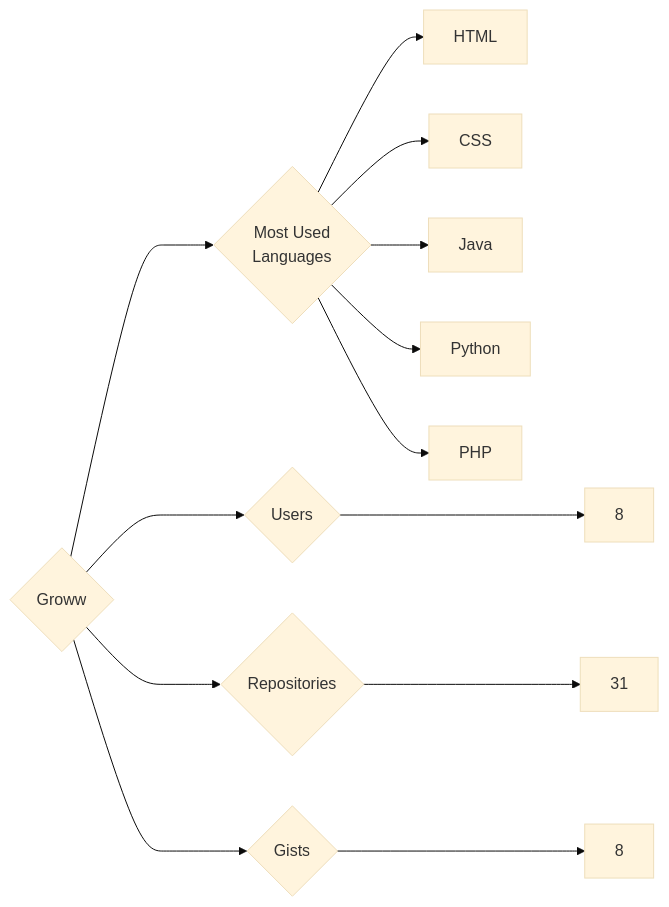
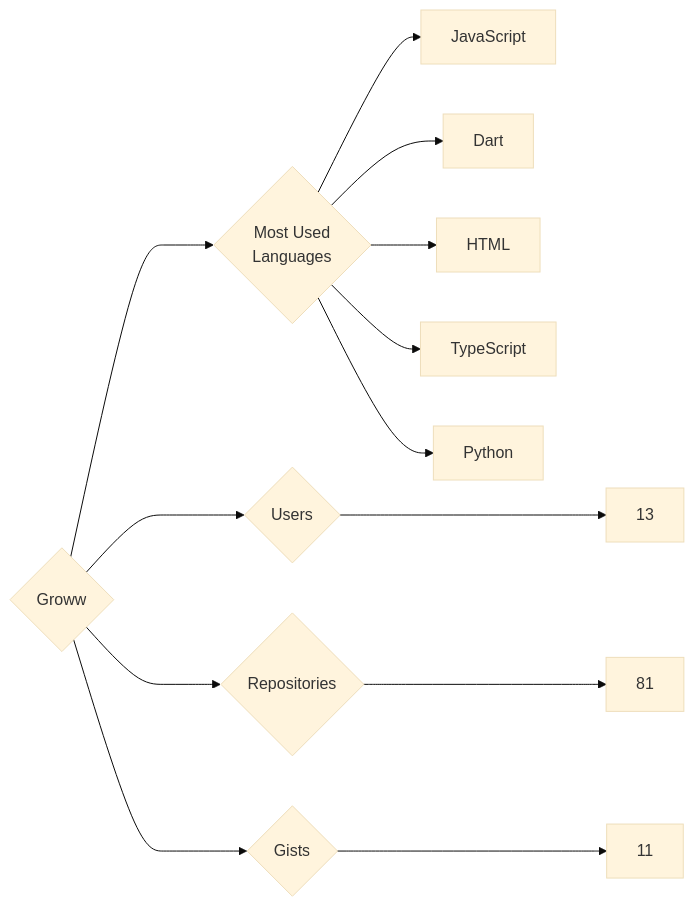
Before and after one commit to trickest/insiders: the diagram in targets/Groww/README.md, drawn with Mermaid (base theme). The commit also changed 1036 other files, not shown here.

````diff
--- a/targets/Groww/README.md
+++ b/targets/Groww/README.md
@@ -3,13 +3,13 @@
 ```mermaid
 graph LR
 COMPANY_NAME{Groww}
-COMPANY_NAME ---> U{Users} ---> UN[8]
-COMPANY_NAME ---> R{Repositories} ---> RN[31]
-COMPANY_NAME ---> G{Gists} ---> GN[8]
+COMPANY_NAME ---> U{Users} ---> UN[13]
+COMPANY_NAME ---> R{Repositories} ---> RN[81]
+COMPANY_NAME ---> G{Gists} ---> GN[11]
 COMPANY_NAME ---> ML{Most Used<br>Languages}
+ML --> JavaScript[JavaScript]
+ML --> Dart[Dart]
 ML --> HTML[HTML]
-ML --> CSS[CSS]
-ML --> Java[Java]
+ML --> TypeScript[TypeScript]
 ML --> Python[Python]
-ML --> PHP[PHP]
 ```
````
